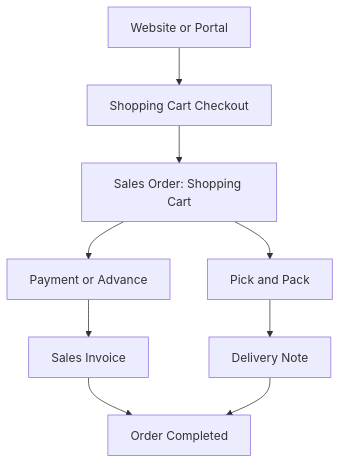
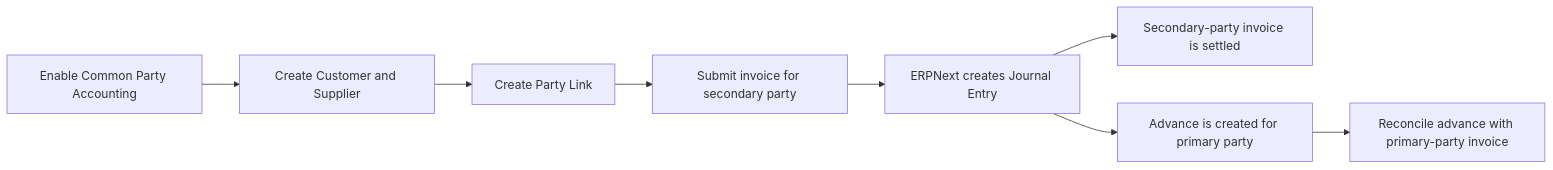
Before and after one commit to JazariAgents/agents-for-frappe-erpnext: the diagram in plugins/jazari-frappe-erpnext-lite/docs/erpnext/erpnext-14.md, drawn with Mermaid. The commit also changed other lines of this file and 224 other files, not shown here.

````diff
--- a/plugins/jazari-frappe-erpnext-lite/docs/erpnext/erpnext-14.md
+++ b/plugins/jazari-frappe-erpnext-lite/docs/erpnext/erpnext-14.md
@@ -634,11 +35,10 @@
 ```mermaid
-flowchart TD
-  A["Website or Portal"] --> B["Shopping Cart Checkout"]
-  B --> C["Sales Order: Shopping Cart"]
-  C --> D["Payment or Advance"]
-  C --> E["Pick and Pack"]
-  D --> F["Sales Invoice"]
-  E --> G["Delivery Note"]
-  F --> H["Order Completed"]
-  G --> H
+flowchart LR
+    A[Enable Common Party Accounting] --> B[Create Customer and Supplier]
+    B --> C[Create Party Link]
+    C --> D[Submit invoice for secondary party]
+    D --> E[ERPNext creates Journal Entry]
+    E --> F[Secondary-party invoice is settled]
+    E --> G[Advance is created for primary party]
+    G --> H[Reconcile advance with primary-party invoice]
 ```
````
